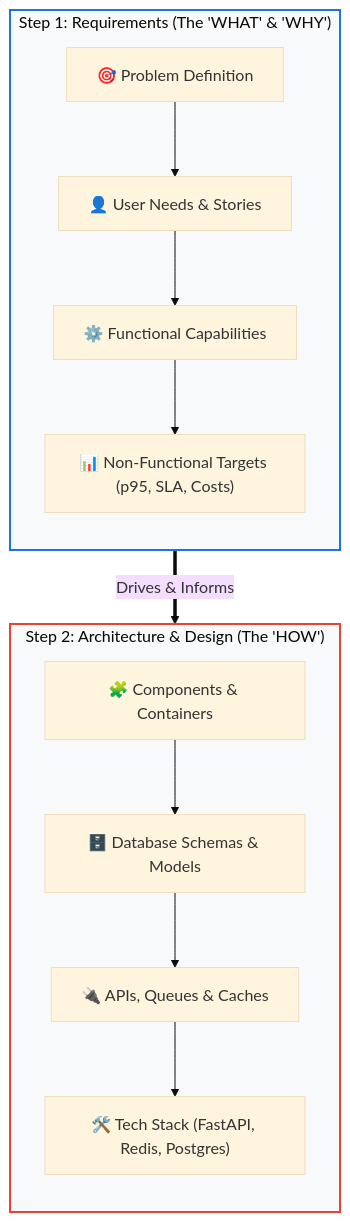
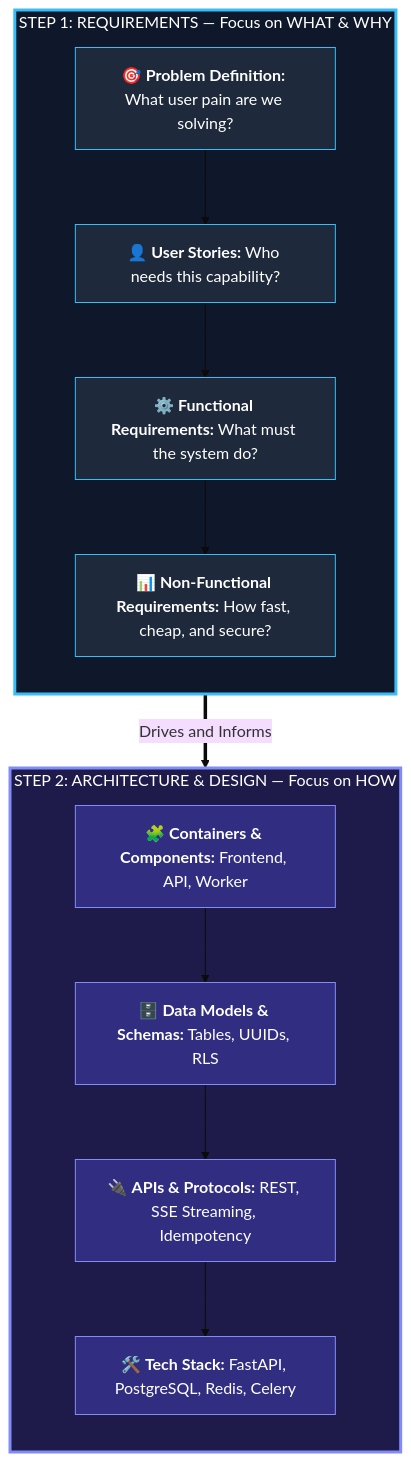
Before and after one commit to awoladhossain/OpsPilot: the second of 6 diagrams in docs/00-how-to-write-docs.md, drawn with Mermaid (base theme). The commit also changed other lines of this file, not shown here.

Commit message:
docs: redesign Mermaid diagrams with high-contrast colors and vertical layout for readability

````diff
--- a/docs/00-how-to-write-docs.md
+++ b/docs/00-how-to-write-docs.md
@@ -32,24 +37,33 @@
 ```mermaid
 flowchart TD
-  subgraph Step1 ["Step 1: Requirements (The 'WHAT' & 'WHY')"]
+  subgraph REQ ["STEP 1: REQUIREMENTS — Focus on WHAT & WHY"]
     direction TB
-    R1["🎯 Problem Definition"]
-    R2["👤 User Needs & Stories"]
-    R3["⚙️ Functional Capabilities"]
-    R4["📊 Non-Functional Targets (p95, SLA, Costs)"]
+    R1["🎯 <b>Problem Definition:</b> What user pain are we solving?"]
+    R2["👤 <b>User Stories:</b> Who needs this capability?"]
+    R3["⚙️ <b>Functional Requirements:</b> What must the system do?"]
+    R4["📊 <b>Non-Functional Requirements:</b> How fast, cheap, and secure?"]
     R1 --> R2 --> R3 --> R4
   end
 
-  subgraph Step2 ["Step 2: Architecture & Design (The 'HOW')"]
+  subgraph DES ["STEP 2: ARCHITECTURE & DESIGN — Focus on HOW"]
     direction TB
-    D1["🧩 Components & Containers"]
-    D2["🗄️ Database Schemas & Models"]
-    D3["🔌 APIs, Queues & Caches"]
-    D4["🛠️ Tech Stack (FastAPI, Redis, Postgres)"]
+    D1["🧩 <b>Containers & Components:</b> Frontend, API, Worker"]
+    D2["🗄️ <b>Data Models & Schemas:</b> Tables, UUIDs, RLS"]
+    D3["🔌 <b>APIs & Protocols:</b> REST, SSE Streaming, Idempotency"]
+    D4["🛠️ <b>Tech Stack:</b> FastAPI, PostgreSQL, Redis, Celery"]
     D1 --> D2 --> D3 --> D4
   end
 
-  Step1 ==>|Drives & Informs| Step2
-  style Step1 fill:#f8f9fa,stroke:#1a73e8,stroke-width:2px
-  style Step2 fill:#f8f9fa,stroke:#ea4335,stroke-width:2px
+  REQ ==>|Drives and Informs| DES
+
+  style REQ fill:#0f172a,stroke:#38bdf8,stroke-width:3px,color:#ffffff
+  style DES fill:#1e1b4b,stroke:#818cf8,stroke-width:3px,color:#ffffff
+  style R1 fill:#1e293b,stroke:#38bdf8,color:#ffffff
+  style R2 fill:#1e293b,stroke:#38bdf8,color:#ffffff
+  style R3 fill:#1e293b,stroke:#38bdf8,color:#ffffff
+  style R4 fill:#1e293b,stroke:#38bdf8,color:#ffffff
+  style D1 fill:#312e81,stroke:#818cf8,color:#ffffff
+  style D2 fill:#312e81,stroke:#818cf8,color:#ffffff
+  style D3 fill:#312e81,stroke:#818cf8,color:#ffffff
+  style D4 fill:#312e81,stroke:#818cf8,color:#ffffff
 ```
````
